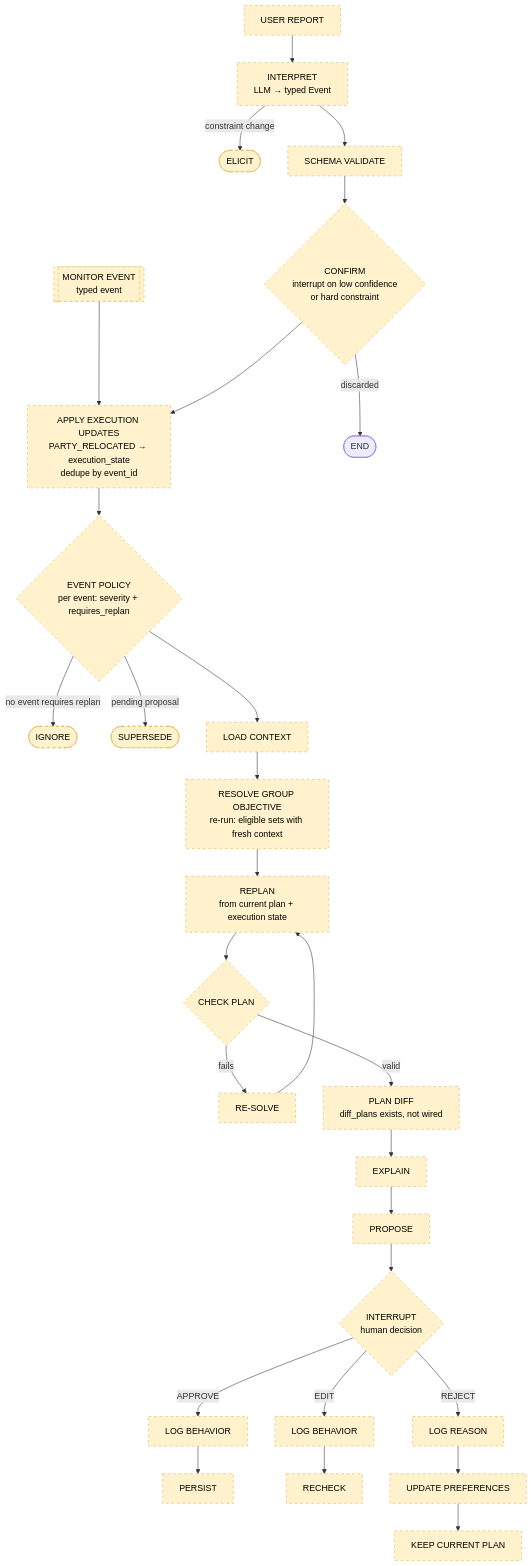
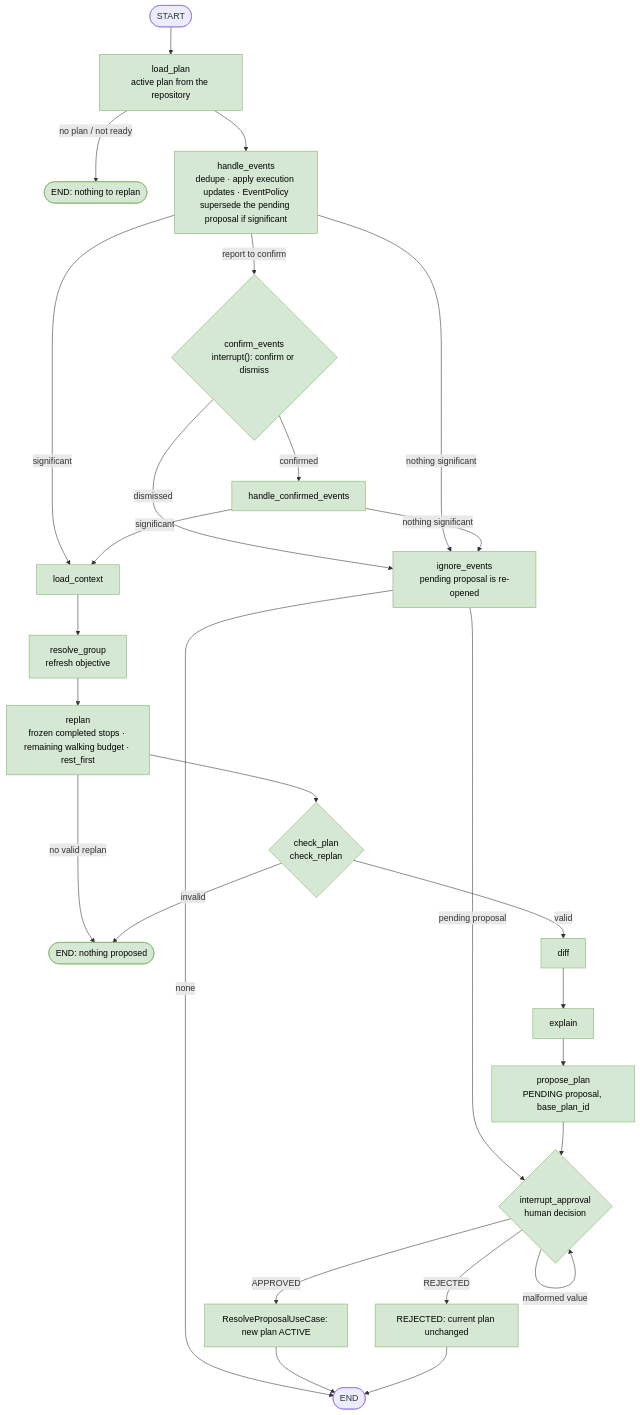
One commit to andrea0727/parkmind-agentic-ai changed the second of 2 diagrams in docs/diagrams/agent-flow.md. Above: the diagram before and after it, drawn with Mermaid. The commit also changed other lines of this file and 84 other files, not shown here.

````diff
--- a/docs/diagrams/agent-flow.md
+++ b/docs/diagrams/agent-flow.md
@@ -61,28 +61,29 @@
 ```mermaid
 flowchart TD
-  MON[["MONITOR EVENT<br/>typed event"]]:::target --> AP
-  UR["USER REPORT"]:::target --> IT["INTERPRET<br/>LLM → typed Event"]:::target
-  IT -- constraint change --> EL([ELICIT]):::target
-  IT --> SV["SCHEMA VALIDATE"]:::target
-  SV --> CF{"CONFIRM<br/>interrupt on low confidence<br/>or hard constraint"}:::target
-  CF -- discarded --> Z([END])
-  CF --> AP["APPLY EXECUTION UPDATES<br/>PARTY_RELOCATED → execution_state<br/>dedupe by event_id"]:::target
-  AP --> EP{"EVENT POLICY<br/>per event: severity + requires_replan"}:::target
-  EP -- no event requires replan --> IG([IGNORE]):::target
-  EP -- pending proposal --> SS([SUPERSEDE]):::target
-  EP --> LC["LOAD CONTEXT"]:::target
-  LC --> RG["RESOLVE GROUP OBJECTIVE<br/>re-run: eligible sets with fresh context"]:::target
-  RG --> RP["REPLAN<br/>from current plan + execution state"]:::target
-  RP --> CP{"CHECK PLAN"}:::target
-  CP -- fails --> RS["RE-SOLVE"]:::target
-  RS --> RP
-  CP -- valid --> PD["PLAN DIFF<br/>diff_plans exists, not wired"]:::target
-  PD --> EX["EXPLAIN"]:::target
-  EX --> PR["PROPOSE"]:::target
-  PR --> IN{"INTERRUPT<br/>human decision"}:::target
-  IN -- APPROVE --> LB1["LOG BEHAVIOR"]:::target --> PS["PERSIST"]:::target
-  IN -- EDIT --> LB2["LOG BEHAVIOR"]:::target --> RC["RECHECK"]:::target
-  IN -- REJECT --> LR["LOG REASON"]:::target --> UP["UPDATE PREFERENCES"]:::target --> KP["KEEP CURRENT PLAN"]:::target
+  S([START]) --> LP["load_plan<br/>active plan from the repository"]:::impl
+  LP -- no plan / not ready --> NP([END: nothing to replan]):::impl
+  LP --> HE["handle_events<br/>dedupe · apply execution updates · EventPolicy<br/>supersede the pending proposal if significant"]:::impl
+  HE -- report to confirm --> CE{"confirm_events<br/>interrupt(): confirm or dismiss"}:::impl
+  CE -- confirmed --> HC["handle_confirmed_events"]:::impl
+  CE -- dismissed --> IG
+  HE -- nothing significant --> IG["ignore_events<br/>pending proposal is re-opened"]:::impl
+  IG -- pending proposal --> IN
+  IG -- none --> Z([END])
+  HE -- significant --> LC
+  HC -- significant --> LC
+  HC -- nothing significant --> IG
+  LC["load_context"]:::impl --> RG["resolve_group<br/>refresh objective"]:::impl
+  RG --> RP["replan<br/>frozen completed stops · remaining walking budget · rest_first"]:::impl
+  RP -- no valid replan --> NV([END: nothing proposed]):::impl
+  RP --> CK{"check_plan<br/>check_replan"}:::impl
+  CK -- invalid --> NV
+  CK -- valid --> DF["diff"]:::impl --> EX["explain"]:::impl --> PR["propose_plan<br/>PENDING proposal, base_plan_id"]:::impl
+  PR --> IN{"interrupt_approval<br/>human decision"}:::impl
+  IN -- APPROVED --> OK["ResolveProposalUseCase: new plan ACTIVE"]:::impl
+  IN -- REJECTED --> RJ["REJECTED: current plan unchanged"]:::impl
+  IN -- malformed value --> IN
+  OK --> Z
+  RJ --> Z
 
-  classDef target fill:#fff2cc,stroke:#d6b656,stroke-dasharray:5 5,color:#000
+  classDef impl fill:#d5e8d4,stroke:#82b366,color:#000
 ```
````
